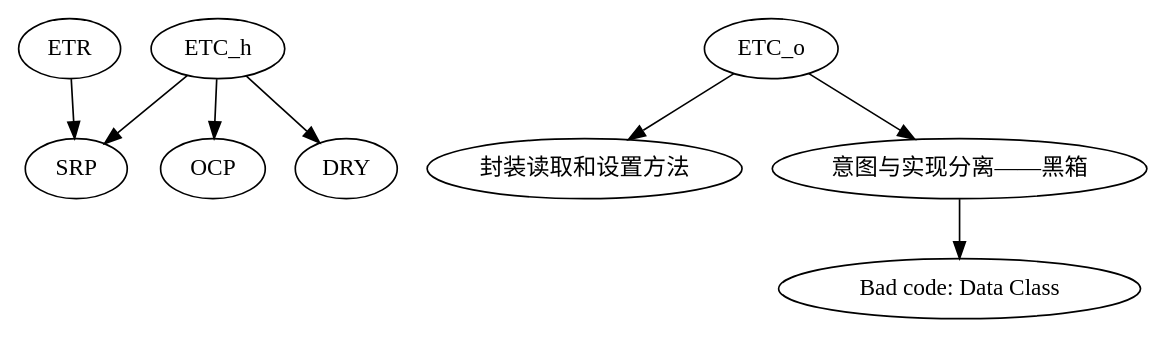
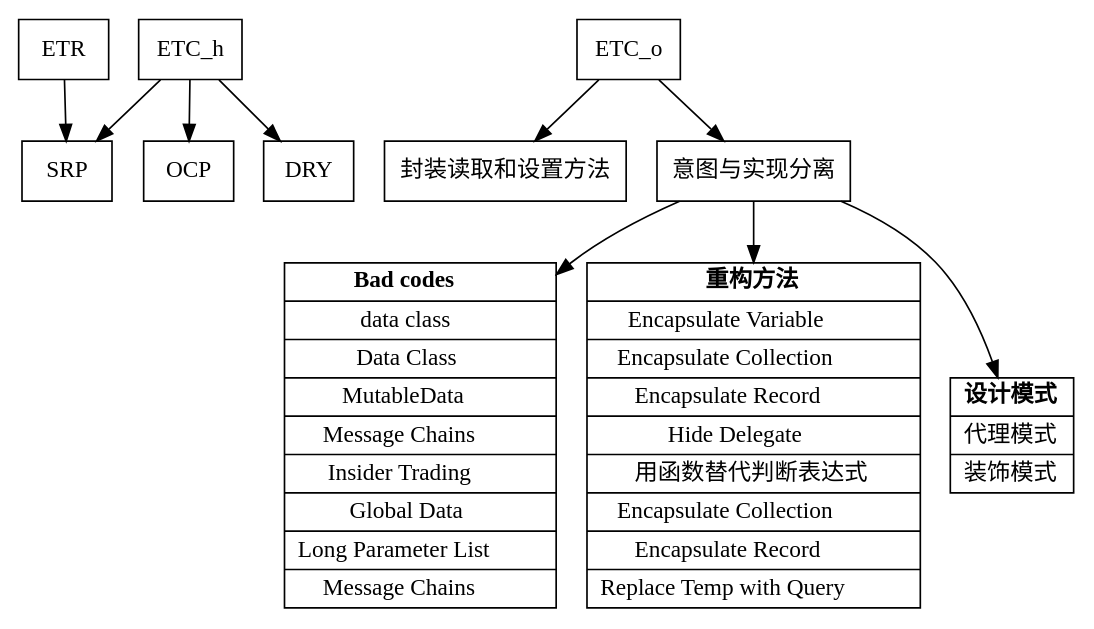
The diagram in Theories/Architecture/设计思想层级结构.md (samoyi/note), drawn with Graphviz before and after one commit. The commit also changed other lines of this file and 6 other files, not shown here.

````diff
--- a/Theories/Architecture/设计思想层级结构.md
+++ b/Theories/Architecture/设计思想层级结构.md
@@ -26,9 +27,45 @@
 ```dot
 digraph G {
-    ETR -> {SRP}
-    ETC_h -> {SRP OCP DRY}
-    ETC_o -> {封装读取和设置方法 意图与实现分离——黑箱}
-    意图与实现分离——黑箱 -> "Bad code: Data Class"
+
+node [shape=record]
+
+ETR -> {SRP}
+ETC_h -> {SRP OCP DRY}
+ETC_o -> {封装读取和设置方法 意图与实现分离}
+
+意图与实现分离 -> "意图与实现分离 Bad codes"
+"意图与实现分离 Bad codes" [
+label = <{<b>Bad codes</b> 
+| data class 
+| Data Class
+| MutableData
+| Message Chains
+| Insider Trading
+| Global Data
+| Long Parameter List
+| Message Chains
+}>]
+
+意图与实现分离 -> "意图与实现分离 重构方法"
+"意图与实现分离 重构方法" [
+label = <{<b>重构方法</b> 
+| Encapsulate Variable
+| Encapsulate Collection
+| Encapsulate Record
+| Hide Delegate
+| 用函数替代判断表达式
+| Encapsulate Collection
+| Encapsulate Record
+| Replace Temp with Query
+}>]
+
+意图与实现分离 -> "意图与实现分离 设计模式"
+"意图与实现分离 设计模式" [
+label = <{<b>设计模式</b> 
+| 代理模式
+| 装饰模式
+}>]
+
 
 }
 ```
````
